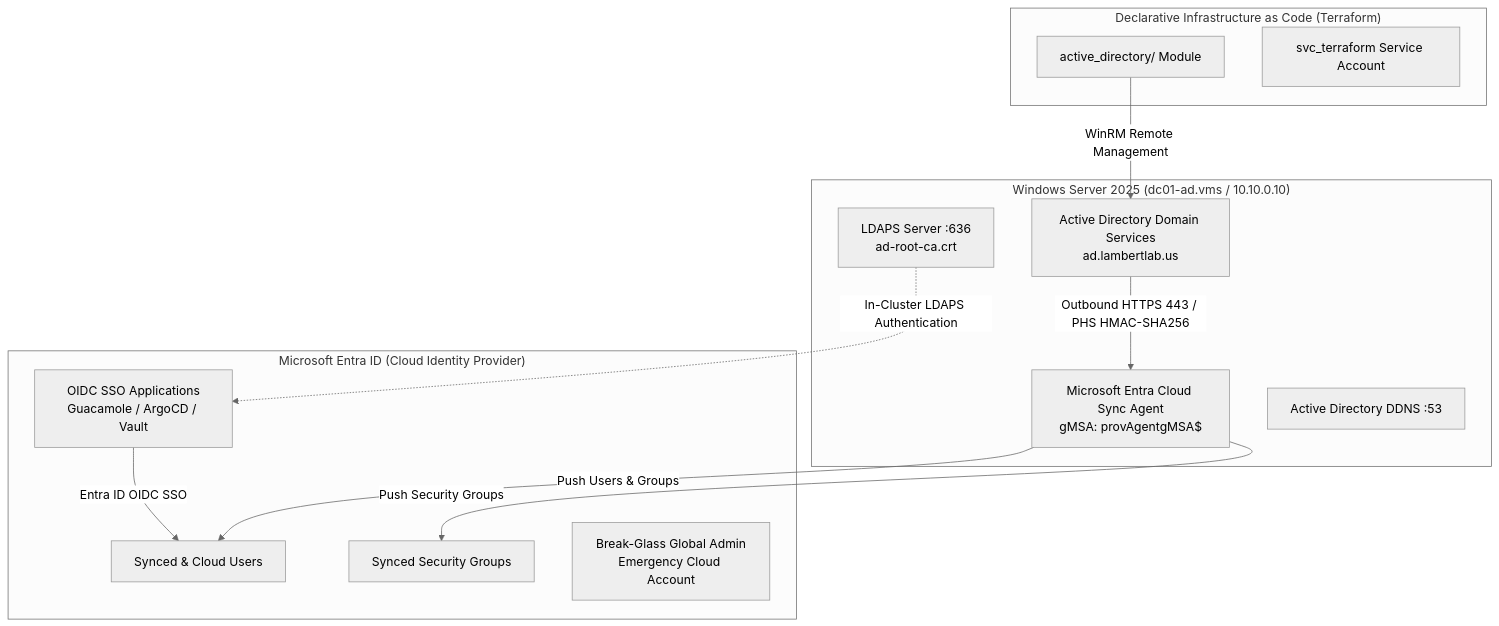
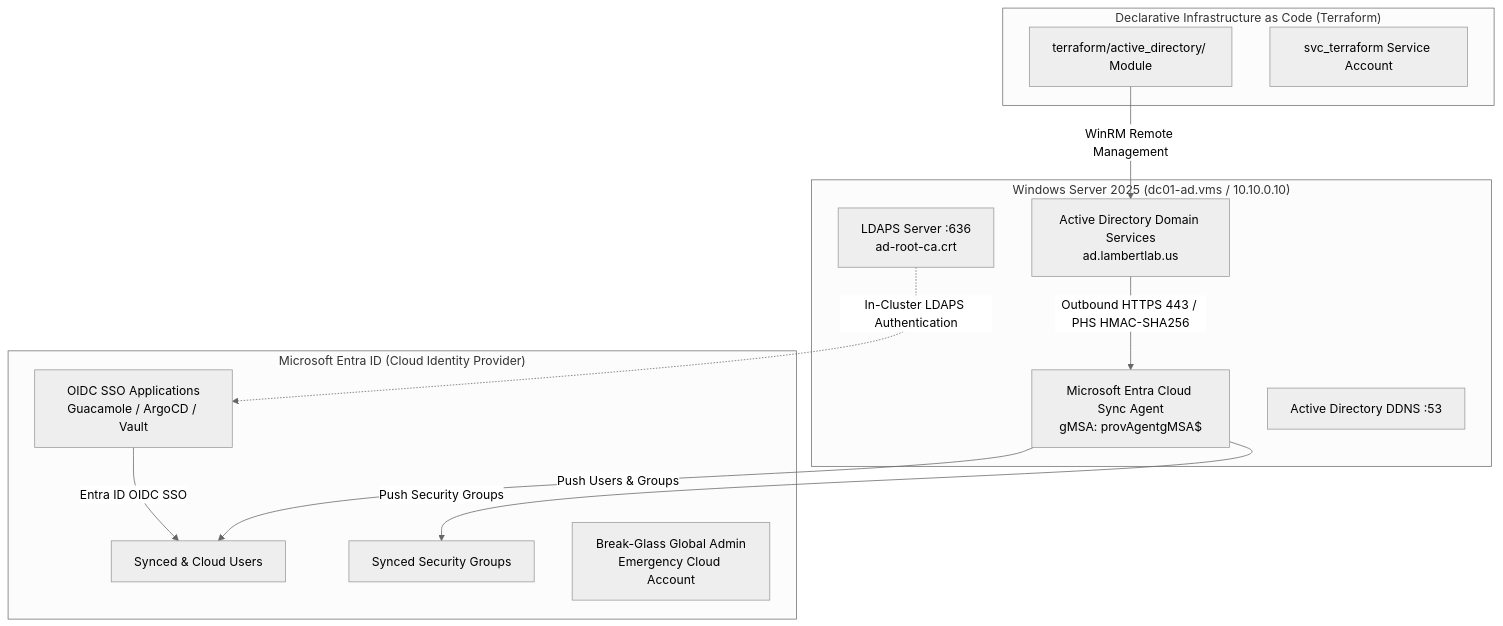
Before and after one commit to ChrisLambert03/homelab: the first of 2 diagrams in docs/architecture/identity.md, drawn with Mermaid (neutral theme). The commit also changed other lines of this file and 5 other files, not shown here.

Commit message:
docs: update repository filesystem hierarchy and architecture manifest paths

````diff
--- a/docs/architecture/identity.md
+++ b/docs/architecture/identity.md
@@ -9,28 +9,28 @@
 ```mermaid
 graph TD
     subgraph Cloud["Microsoft Entra ID (Cloud Identity Provider)"]
         EntraUsers["Synced & Cloud Users"]
         EntraGroups["Synced Security Groups"]
         OIDCApps["OIDC SSO Applications<br/>Guacamole / ArgoCD / Vault"]
         BreakGlass["Break-Glass Global Admin<br/>Emergency Cloud Account"]
     end
 
     subgraph DC01VM["Windows Server 2025 (dc01-ad.vms / 10.10.0.10)"]
         ADDS["Active Directory Domain Services<br/>ad.lambertlab.us"]
         CloudSync["Microsoft Entra Cloud Sync Agent<br/>gMSA: provAgentgMSA$"]
         LDAPS["LDAPS Server :636<br/>ad-root-ca.crt"]
         DNS["Active Directory DDNS :53"]
     end
 
     subgraph IaC["Declarative Infrastructure as Code (Terraform)"]
-        TFModule["active_directory/ Module"]
+        TFModule["terraform/active_directory/ Module"]
         SvcTF["svc_terraform Service Account"]
     end
 
     TFModule -->|"WinRM Remote Management"| ADDS
     ADDS -->|"Outbound HTTPS 443 / PHS HMAC-SHA256"| CloudSync
     CloudSync -->|"Push Users & Groups"| EntraUsers
     CloudSync -->|"Push Security Groups"| EntraGroups
     OIDCApps -->|"Entra ID OIDC SSO"| EntraUsers
     LDAPS -.->|"In-Cluster LDAPS Authentication"| OIDCApps
 ```
````
